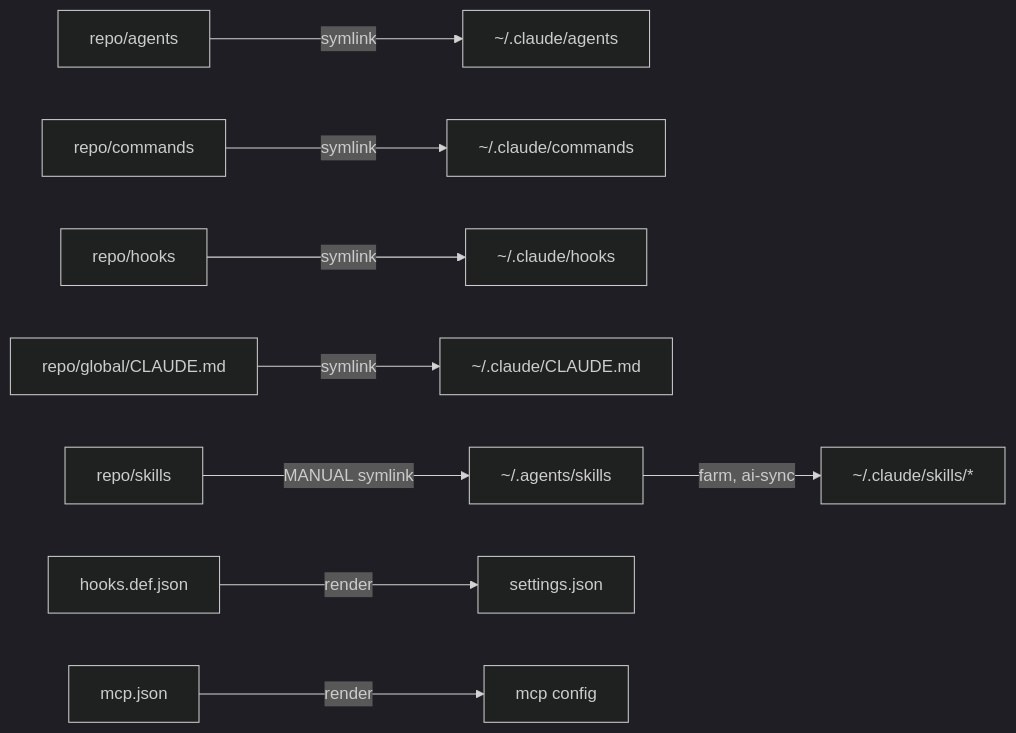
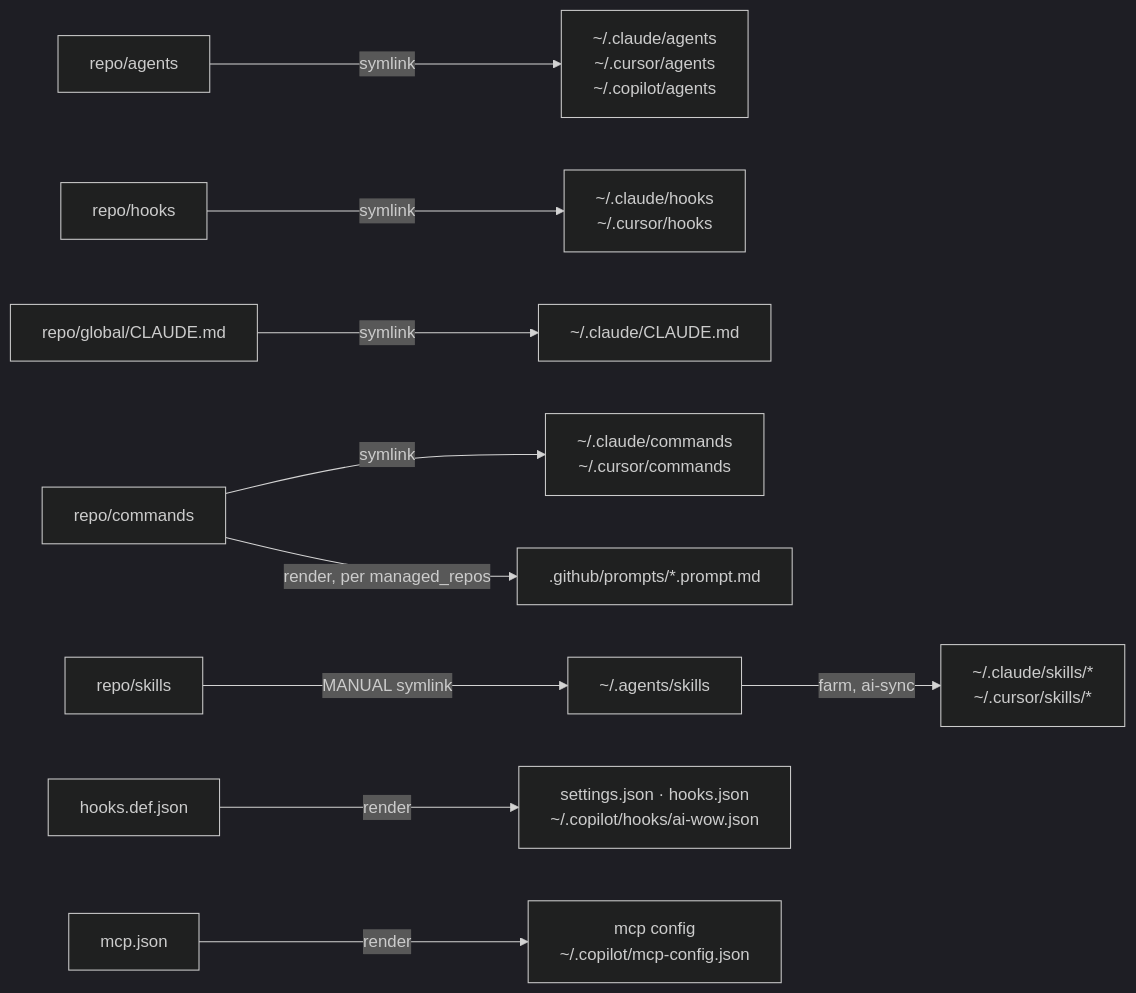
The third of 11 diagrams in HOW-TO-USE.agent.md (ozanozcan/ai-wow), drawn with Mermaid (dark theme) before and after one commit. The commit also changed other lines of this file and 5 other files, not shown here.

````diff
--- a/HOW-TO-USE.agent.md
+++ b/HOW-TO-USE.agent.md
@@ -84,11 +84,12 @@
 ```mermaid
 flowchart LR
-  R1["repo/agents"] -->|symlink| T1["~/.claude/agents"]
-  R2["repo/commands"] -->|symlink| T2["~/.claude/commands"]
-  R3["repo/hooks"] -->|symlink| T3["~/.claude/hooks"]
+  R1["repo/agents"] -->|symlink| T1["~/.claude/agents <br/>~/.cursor/agents <br/>~/.copilot/agents"]
+  R2["repo/commands"] -->|symlink| T2["~/.claude/commands <br/>~/.cursor/commands"]
+  R3["repo/hooks"] -->|symlink| T3["~/.claude/hooks <br/>~/.cursor/hooks"]
   R4["repo/global/CLAUDE.md"] -->|symlink| T4["~/.claude/CLAUDE.md"]
   R5["repo/skills"] -->|"MANUAL symlink"| AG["~/.agents/skills"]
-  AG -->|"farm, ai-sync"| T5["~/.claude/skills/*"]
-  R6["hooks.def.json"] -->|render| T6["settings.json"]
-  R7["mcp.json"] -->|render| T7["mcp config"]
+  AG -->|"farm, ai-sync"| T5["~/.claude/skills/* <br/>~/.cursor/skills/*"]
+  R6["hooks.def.json"] -->|render| T6["settings.json · hooks.json <br/>~/.copilot/hooks/ai-wow.json"]
+  R7["mcp.json"] -->|render| T7["mcp config <br/>~/.copilot/mcp-config.json"]
+  R2 -->|"render, per managed_repos"| T8[".github/prompts/*.prompt.md"]
 ```
````
